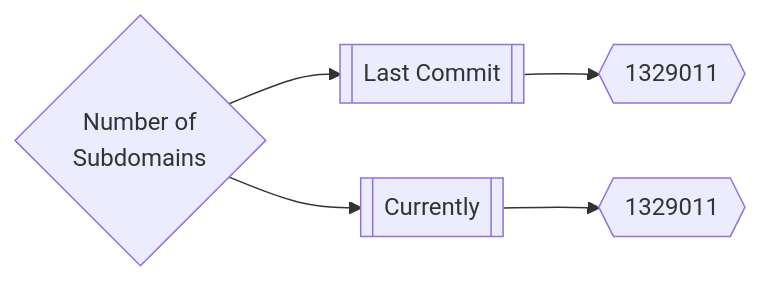
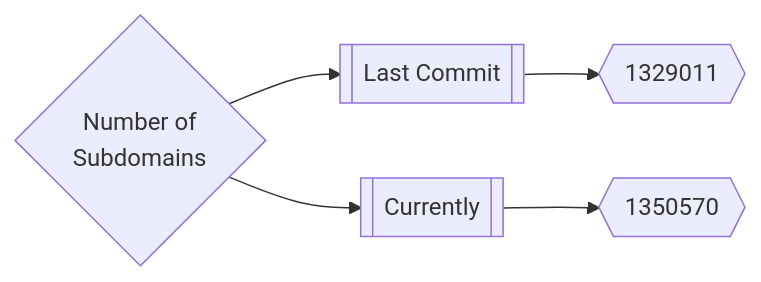
The first of 3 diagrams in README.md (trickest/inventory), drawn with Mermaid before and after one commit. The commit also changed other lines of this file and 118 other files, not shown here.

````diff
--- a/README.md
+++ b/README.md
@@ -165,5 +165,5 @@
 ```mermaid
 graph LR
 title{Number of<br>Subdomains} --> subdomainsDate1[[Last Commit]] --> subdomainsNum1{{1329011}}
-title --> subdomainsDate2[[Currently]] --> subdomainsNum2{{1329011}}
+title --> subdomainsDate2[[Currently]] --> subdomainsNum2{{1350570}}
 ```
````
